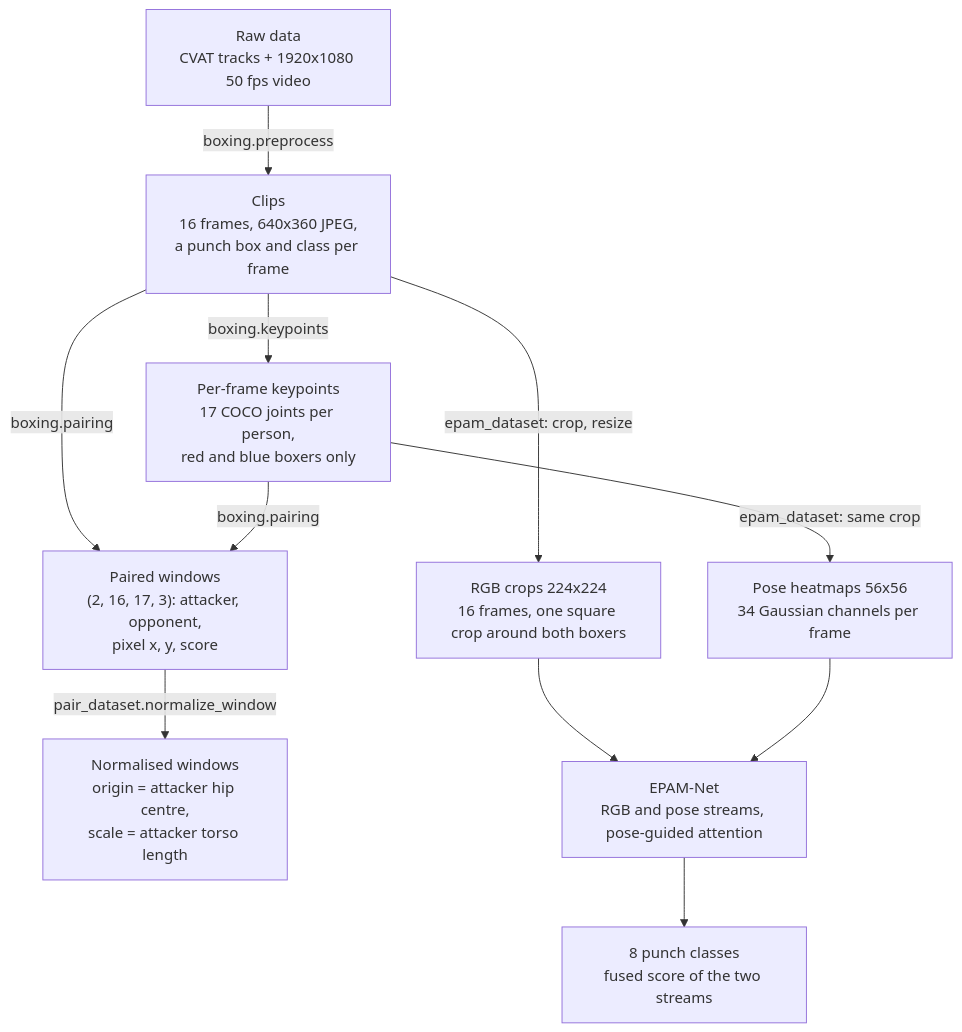
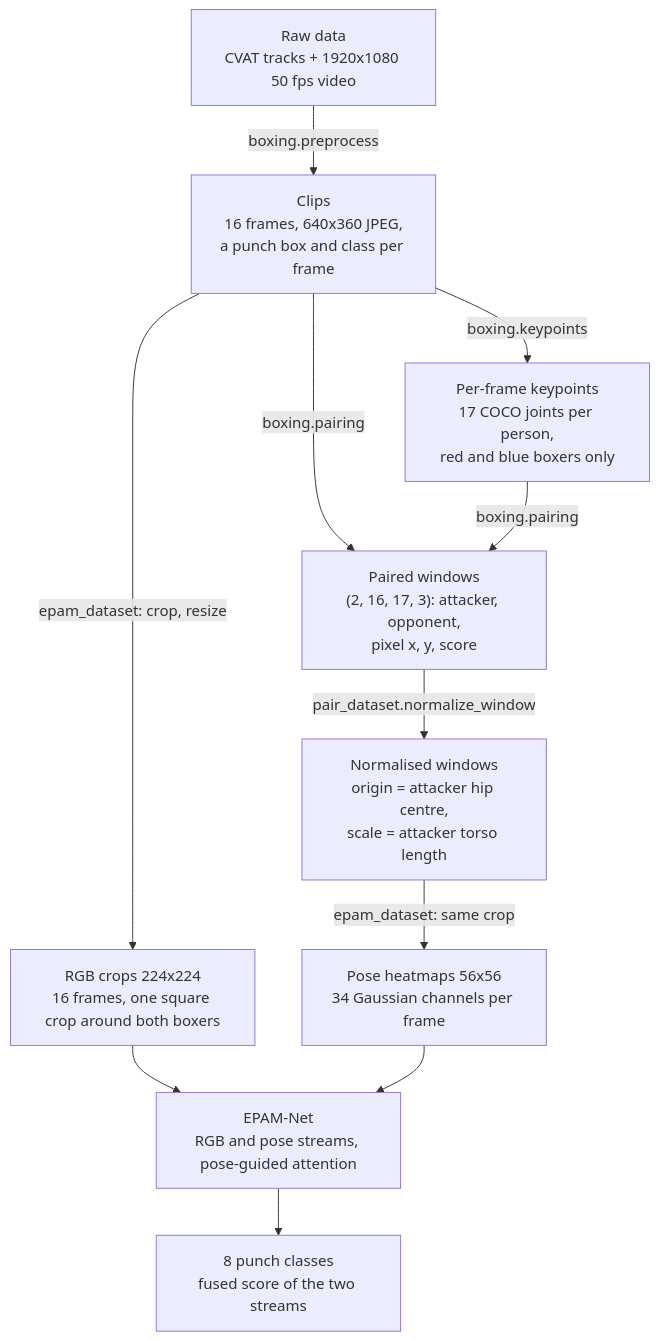
The diagram in README.md (jmanuelc87/boxing), drawn with Mermaid before and after one commit.

Commit message:
Feed normalised windows into pose heatmaps in pipeline diagram
The README diagram drew the keypoints as the input to the pose
heatmaps. The heatmaps are built from the normalised windows, so
point the edge at that node instead.

````diff
--- a/README.md
+++ b/README.md
@@ -11,23 +11,23 @@
 ```mermaid
 flowchart TB
     raw["Raw data<br/>CVAT tracks + 1920x1080 50 fps video"]
     clips["Clips<br/>16 frames, 640x360 JPEG,<br/>a punch box and class per frame"]
     kp["Per-frame keypoints<br/>17 COCO joints per person,<br/>red and blue boxers only"]
     pairs["Paired windows<br/>(2, 16, 17, 3): attacker, opponent,<br/>pixel x, y, score"]
     norm["Normalised windows<br/>origin = attacker hip centre,<br/>scale = attacker torso length"]
     crops["RGB crops 224x224<br/>16 frames, one square crop around both boxers"]
     heat["Pose heatmaps 56x56<br/>34 Gaussian channels per frame"]
     model["EPAM-Net<br/>RGB and pose streams, pose-guided attention"]
     out["8 punch classes<br/>fused score of the two streams"]
 
     raw -->|"boxing.preprocess"| clips
     clips -->|"boxing.keypoints"| kp
     clips -->|"boxing.pairing"| pairs
     kp -->|"boxing.pairing"| pairs
     pairs -->|"pair_dataset.normalize_window"| norm
     clips -->|"epam_dataset: crop, resize"| crops
-    kp -->|"epam_dataset: same crop"| heat
+    norm -->|"epam_dataset: same crop"| heat
     crops --> model
     heat --> model
     model --> out
 ```
````
